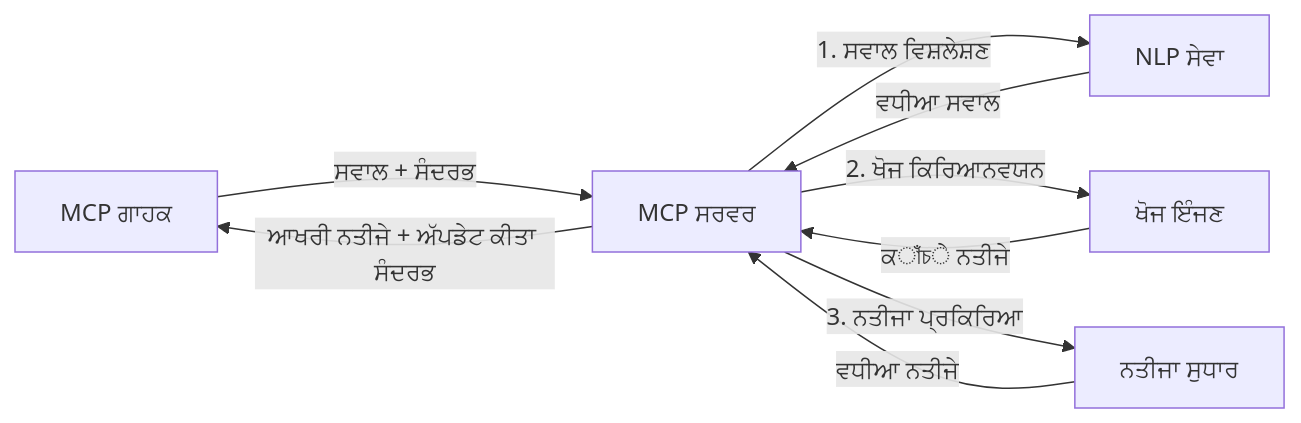
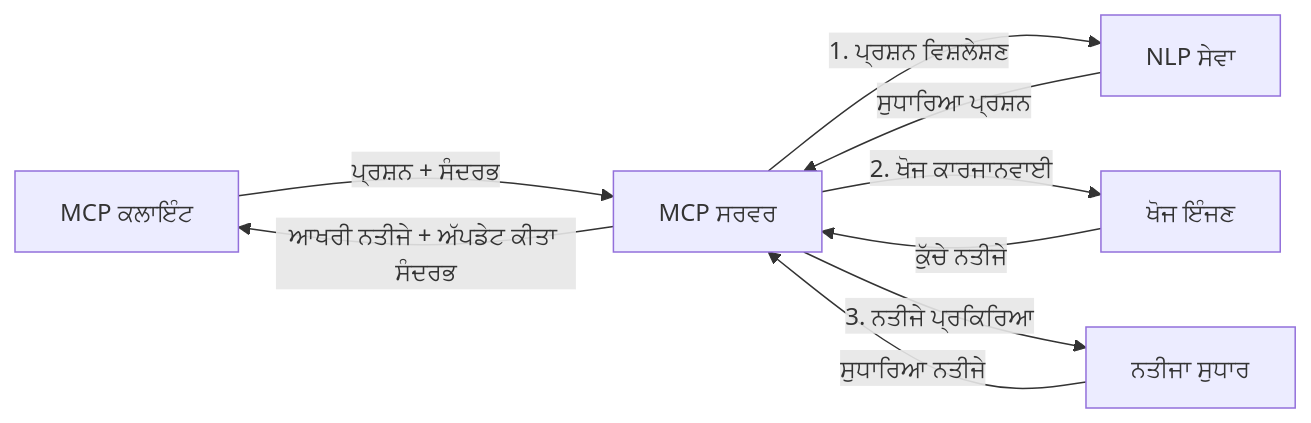
The fourth of 4 diagrams in translations/pa/05-AdvancedTopics/mcp-realtimesearch/README.md (microsoft/mcp-for-beginners), drawn with Mermaid before and after one commit. The commit also changed other lines of this file and 129 other files, not shown here.

````diff
--- a/translations/pa/05-AdvancedTopics/mcp-realtimesearch/README.md
+++ b/translations/pa/05-AdvancedTopics/mcp-realtimesearch/README.md
@@ -626,11 +628,11 @@
 ```mermaid
 graph LR
-    Client[MCP ਗਾਹਕ] --> |ਸਵਾਲ + ਸੰਦਰਭ| Server[MCP ਸਰਵਰ]
-    Server --> |1. ਸਵਾਲ ਵਿਸ਼ਲੇਸ਼ਣ| NLP[NLP ਸੇਵਾ]
-    NLP --> |ਵਧੀਆ ਸਵਾਲ| Server
-    Server --> |2. ਖੋਜ ਕਿਰਿਆਨਵਯਨ| Search[ਖੋਜ ਇੰਜਣ]
-    Search --> |ਕাঁচੇ ਨਤੀਜੇ| Server
-    Server --> |3. ਨਤੀਜਾ ਪ੍ਰਕਿਰਿਆ| Enhancement[ਨਤੀਜਾ ਸੁਧਾਰ]
-    Enhancement --> |ਵਧੀਆ ਨਤੀਜੇ| Server
+    Client[MCP ਕਲਾਇੰਟ] --> |ਪ੍ਰਸ਼ਨ + ਸੰਦਰਭ| Server[MCP ਸਰਵਰ]
+    Server --> |1. ਪ੍ਰਸ਼ਨ ਵਿਸ਼ਲੇਸ਼ਣ| NLP[NLP ਸੇਵਾ]
+    NLP --> |ਸੁਧਾਰਿਆ ਪ੍ਰਸ਼ਨ| Server
+    Server --> |2. ਖੋਜ ਕਾਰਜਾਨਵਾਈ| Search[ਖੋਜ ਇੰਜਣ]
+    Search --> |ਕੁੱਚੇ ਨਤੀਜੇ| Server
+    Server --> |3. ਨਤੀਜੇ ਪ੍ਰਕਿਰਿਆ| Enhancement[ਨਤੀਜਾ ਸੁਧਾਰ]
+    Enhancement --> |ਸੁਧਾਰਿਆ ਨਤੀਜੇ| Server
     Server --> |ਆਖਰੀ ਨਤੀਜੇ + ਅੱਪਡੇਟ ਕੀਤਾ ਸੰਦਰਭ| Client
 ```
````
